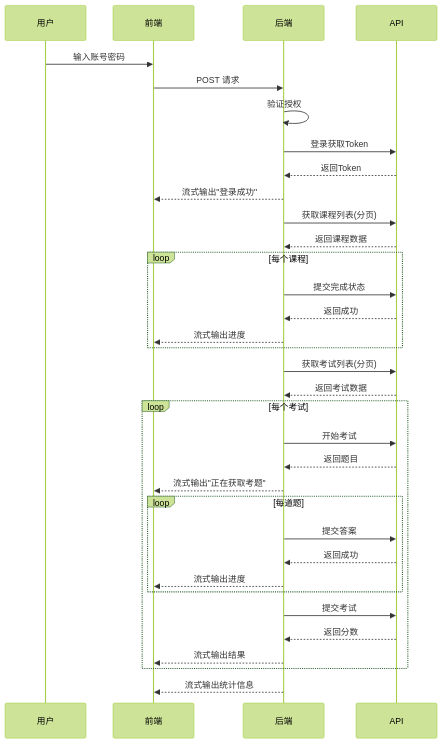
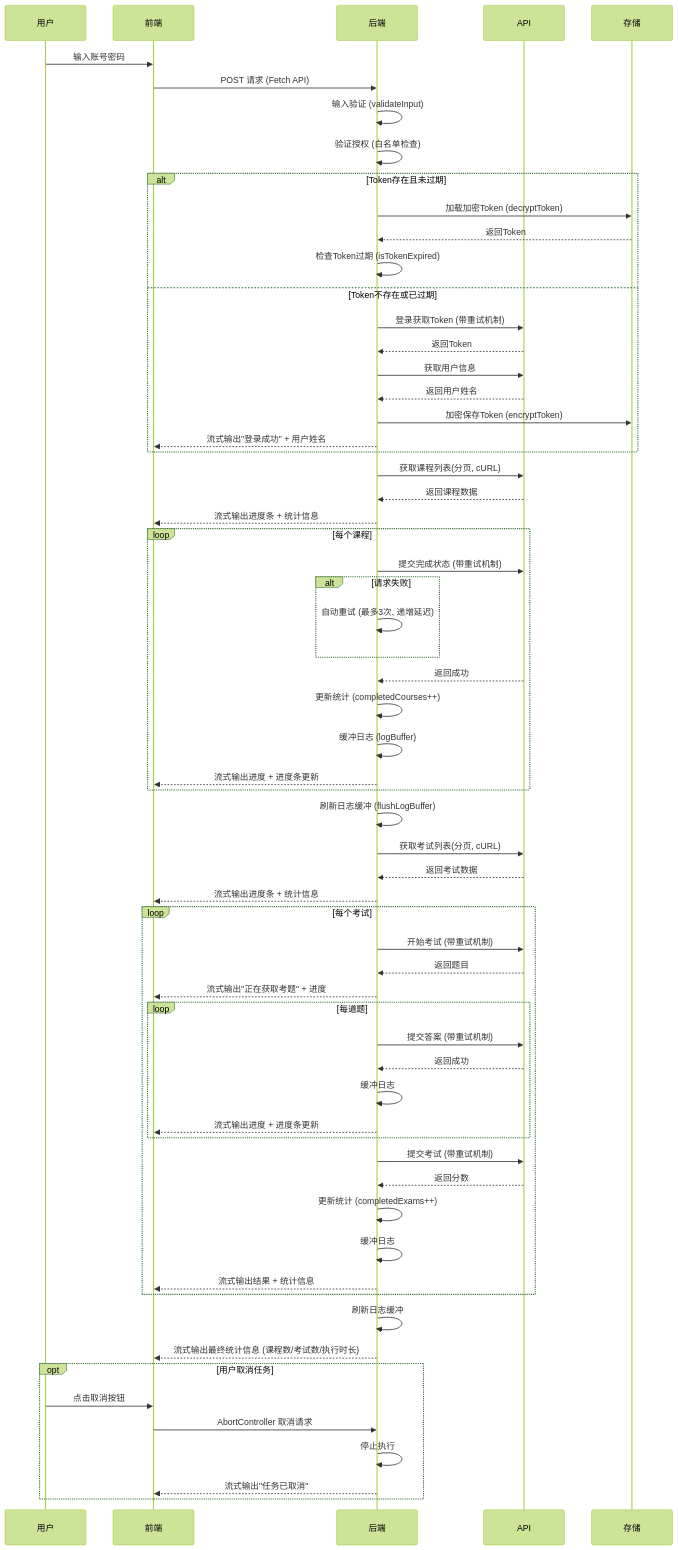
The diagram in README.md (zhaohe574/aq), drawn with Mermaid (forest theme) before and after one commit. The commit also changed 1 other file, not shown here.

Commit message:
更新：README数据流程图，反映最新系统功能

````diff
--- a/README.md
+++ b/README.md
@@ -301,40 +301,71 @@
 ```mermaid
 sequenceDiagram
     participant U as 用户
     participant F as 前端
     participant B as 后端
     participant A as API
+    participant S as 存储
 
     U->>F: 输入账号密码
-    F->>B: POST 请求
-    B->>B: 验证授权
-    B->>A: 登录获取Token
-    A-->>B: 返回Token
-    B-->>F: 流式输出"登录成功"
+    F->>B: POST 请求 (Fetch API)
+    B->>B: 输入验证 (validateInput)
+    B->>B: 验证授权 (白名单检查)
     
-    B->>A: 获取课程列表(分页)
-    A-->>B: 返回课程数据
-    loop 每个课程
-        B->>A: 提交完成状态
-        A-->>B: 返回成功
-        B-->>F: 流式输出进度
+    alt Token存在且未过期
+        B->>S: 加载加密Token (decryptToken)
+        S-->>B: 返回Token
+        B->>B: 检查Token过期 (isTokenExpired)
+    else Token不存在或已过期
+        B->>A: 登录获取Token (带重试机制)
+        A-->>B: 返回Token
+        B->>A: 获取用户信息
+        A-->>B: 返回用户姓名
+        B->>S: 加密保存Token (encryptToken)
+        B-->>F: 流式输出"登录成功" + 用户姓名
     end
     
-    B->>A: 获取考试列表(分页)
+    B->>A: 获取课程列表(分页, cURL)
+    A-->>B: 返回课程数据
+    B-->>F: 流式输出进度条 + 统计信息
+    loop 每个课程
+        B->>A: 提交完成状态 (带重试机制)
+        alt 请求失败
+            B->>B: 自动重试 (最多3次, 递增延迟)
+        end
+        A-->>B: 返回成功
+        B->>B: 更新统计 (completedCourses++)
+        B->>B: 缓冲日志 (logBuffer)
+        B-->>F: 流式输出进度 + 进度条更新
+    end
+    B->>B: 刷新日志缓冲 (flushLogBuffer)
+    
+    B->>A: 获取考试列表(分页, cURL)
     A-->>B: 返回考试数据
+    B-->>F: 流式输出进度条 + 统计信息
     loop 每个考试
-        B->>A: 开始考试
+        B->>A: 开始考试 (带重试机制)
         A-->>B: 返回题目
-        B-->>F: 流式输出"正在获取考题"
+        B-->>F: 流式输出"正在获取考题" + 进度
         loop 每道题
-            B->>A: 提交答案
+            B->>A: 提交答案 (带重试机制)
             A-->>B: 返回成功
-            B-->>F: 流式输出进度
+            B->>B: 缓冲日志
+            B-->>F: 流式输出进度 + 进度条更新
         end
-        B->>A: 提交考试
+        B->>A: 提交考试 (带重试机制)
         A-->>B: 返回分数
-        B-->>F: 流式输出结果
+        B->>B: 更新统计 (completedExams++)
+        B->>B: 缓冲日志
+        B-->>F: 流式输出结果 + 统计信息
     end
+    B->>B: 刷新日志缓冲
     
-    B-->>F: 流式输出统计信息
+    B-->>F: 流式输出最终统计信息 (课程数/考试数/执行时长)
+    
+    opt 用户取消任务
+        U->>F: 点击取消按钮
+        F->>B: AbortController 取消请求
+        B->>B: 停止执行
+        B-->>F: 流式输出"任务已取消"
+    end
 ```
````
